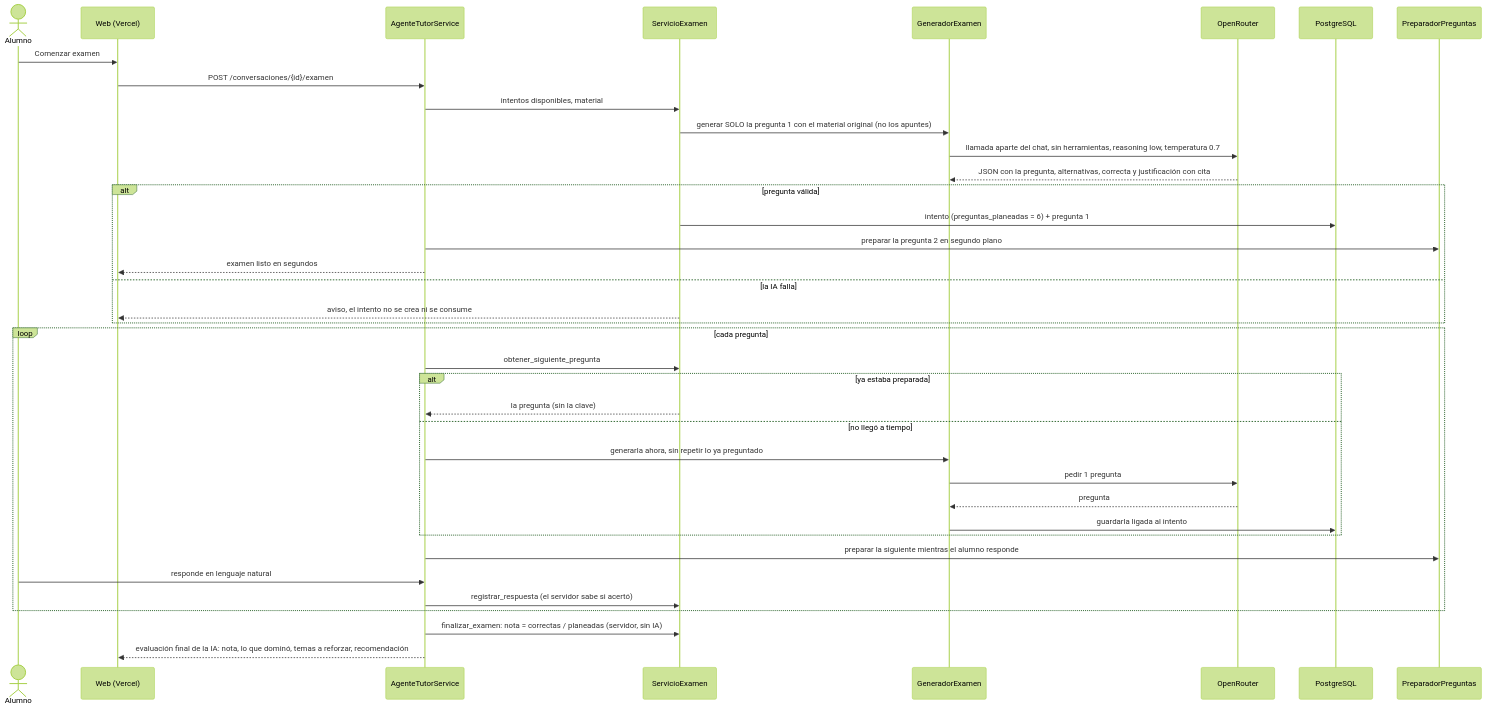
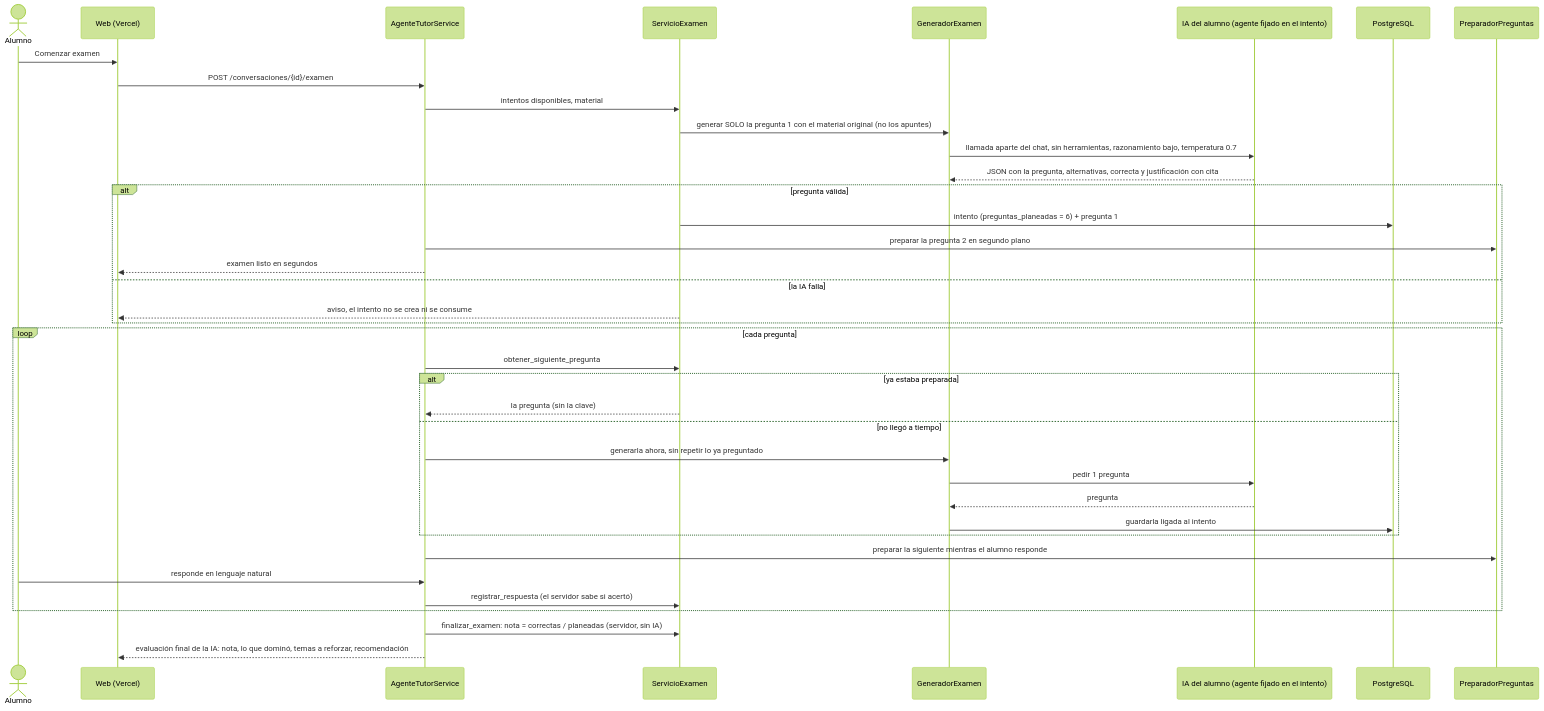
One commit to hideakiuchida/TutorPre changed the eighth of 11 diagrams in specs/05-flujos-del-agente-tutor.md. Above: the diagram before and after it, drawn with Mermaid (forest theme). The commit also changed other lines of this file and 26 other files, not shown here.

First line of the commit message:
Specs sin OpenRouter, diagramas al día y guía de usuario en PDF

````diff
--- a/specs/05-flujos-del-agente-tutor.md
+++ b/specs/05-flujos-del-agente-tutor.md
@@ -522,42 +583,41 @@
 ```mermaid
 sequenceDiagram
     actor U as Alumno
     participant W as Web (Vercel)
     participant T as AgenteTutorService
     participant E as ServicioExamen
     participant G as GeneradorExamen
-    participant O as OpenRouter
+    participant O as IA del alumno (agente fijado en el intento)
     participant D as PostgreSQL
-
     participant P as PreparadorPreguntas
 
     U->>W: Comenzar examen
     W->>T: POST /conversaciones/{id}/examen
     T->>E: intentos disponibles, material
     E->>G: generar SOLO la pregunta 1 con el material original (no los apuntes)
-    G->>O: llamada aparte del chat, sin herramientas, reasoning low, temperatura 0.7
+    G->>O: llamada aparte del chat, sin herramientas, razonamiento bajo, temperatura 0.7
     O-->>G: JSON con la pregunta, alternativas, correcta y justificación con cita
     alt pregunta válida
         E->>D: intento (preguntas_planeadas = 6) + pregunta 1
         T->>P: preparar la pregunta 2 en segundo plano
         T-->>W: examen listo en segundos
     else la IA falla
         E-->>W: aviso, el intento no se crea ni se consume
     end
     loop cada pregunta
         T->>E: obtener_siguiente_pregunta
         alt ya estaba preparada
             E-->>T: la pregunta (sin la clave)
         else no llegó a tiempo
             T->>G: generarla ahora, sin repetir lo ya preguntado
             G->>O: pedir 1 pregunta
             O-->>G: pregunta
             G->>D: guardarla ligada al intento
         end
         T->>P: preparar la siguiente mientras el alumno responde
         U->>T: responde en lenguaje natural
         T->>E: registrar_respuesta (el servidor sabe si acertó)
     end
     T->>E: finalizar_examen: nota = correctas / planeadas (servidor, sin IA)
     T-->>W: evaluación final de la IA: nota, lo que dominó, temas a reforzar, recomendación
 ```
````
